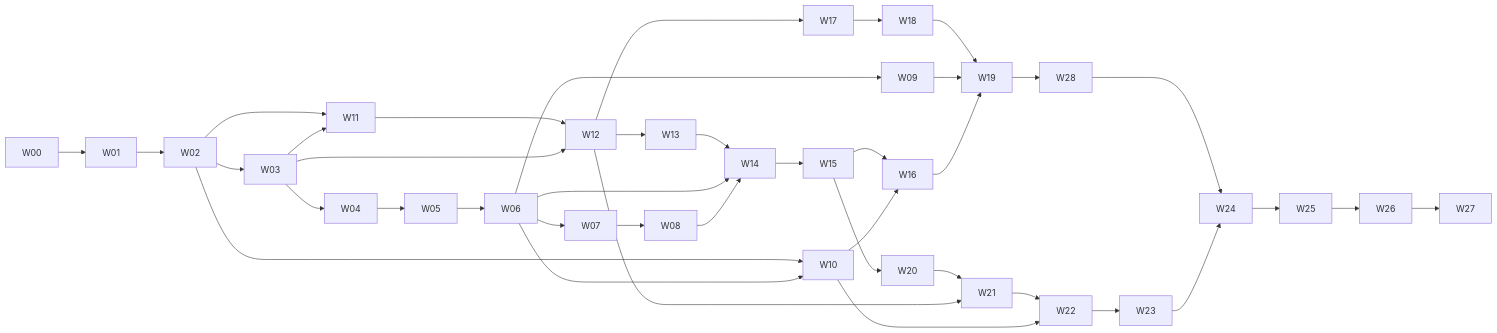
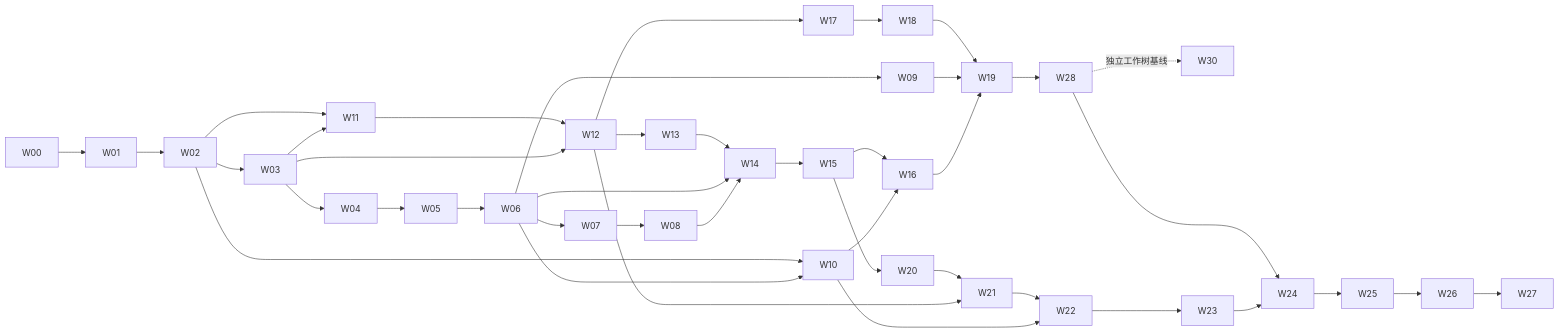
One commit to mizusawa-matsuri937/megumin_companion_ai changed the sixth of 6 diagrams in docs/windows_development_plan.md. Above: the diagram before and after it, drawn with Mermaid. The commit also changed other lines of this file and 38 other files, not shown here.

````diff
--- a/docs/windows_development_plan.md
+++ b/docs/windows_development_plan.md
@@ -469,23 +473,24 @@
 ```mermaid
 flowchart LR
     W00 --> W01 --> W02 --> W03 --> W04 --> W05
     W05 --> W06 --> W07 --> W08
     W06 --> W09
     W02 --> W10
     W06 --> W10
     W02 --> W11
     W03 --> W11 --> W12
     W03 --> W12
     W12 --> W13 --> W14 --> W15 --> W16
     W06 --> W14
     W08 --> W14
     W10 --> W16
     W12 --> W17 --> W18 --> W19
     W09 --> W19
     W16 --> W19
     W15 --> W20 --> W21 --> W22
     W12 --> W21
     W10 --> W22
     W19 --> W28 --> W24
+    W28 -. "独立工作树基线" .-> W30
     W22 --> W23 --> W24 --> W25 --> W26 --> W27
 ```
````
